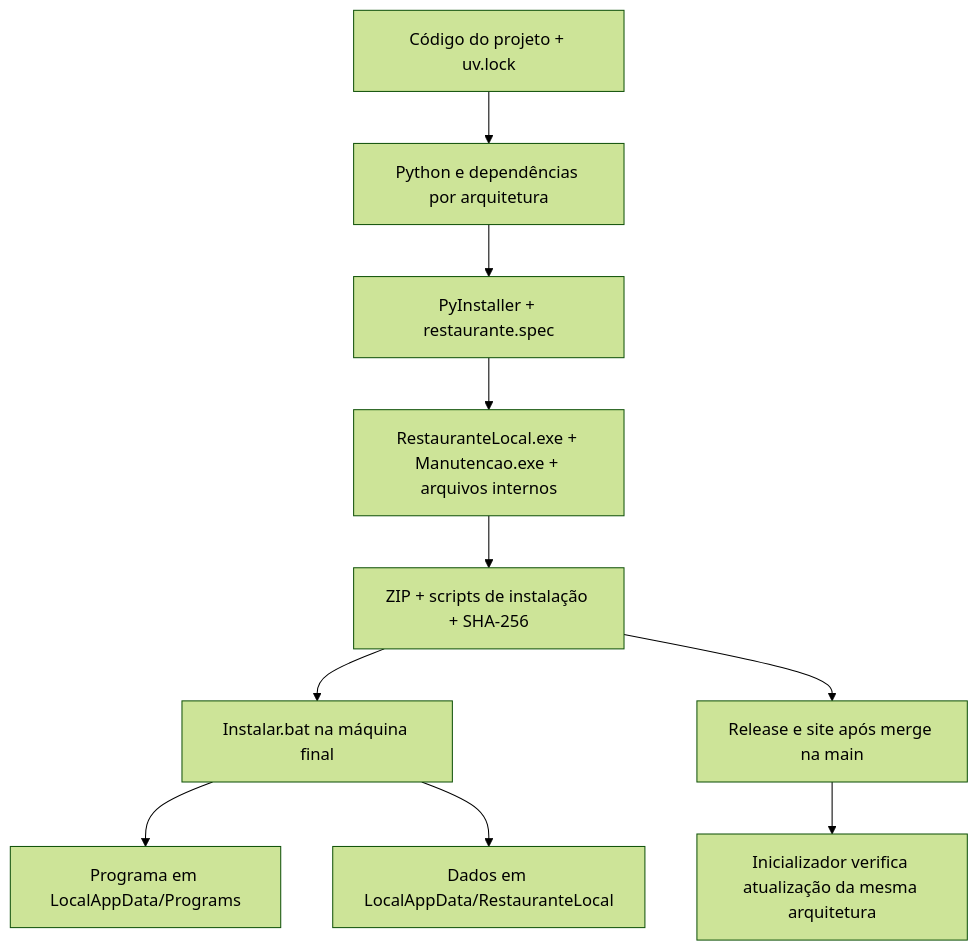
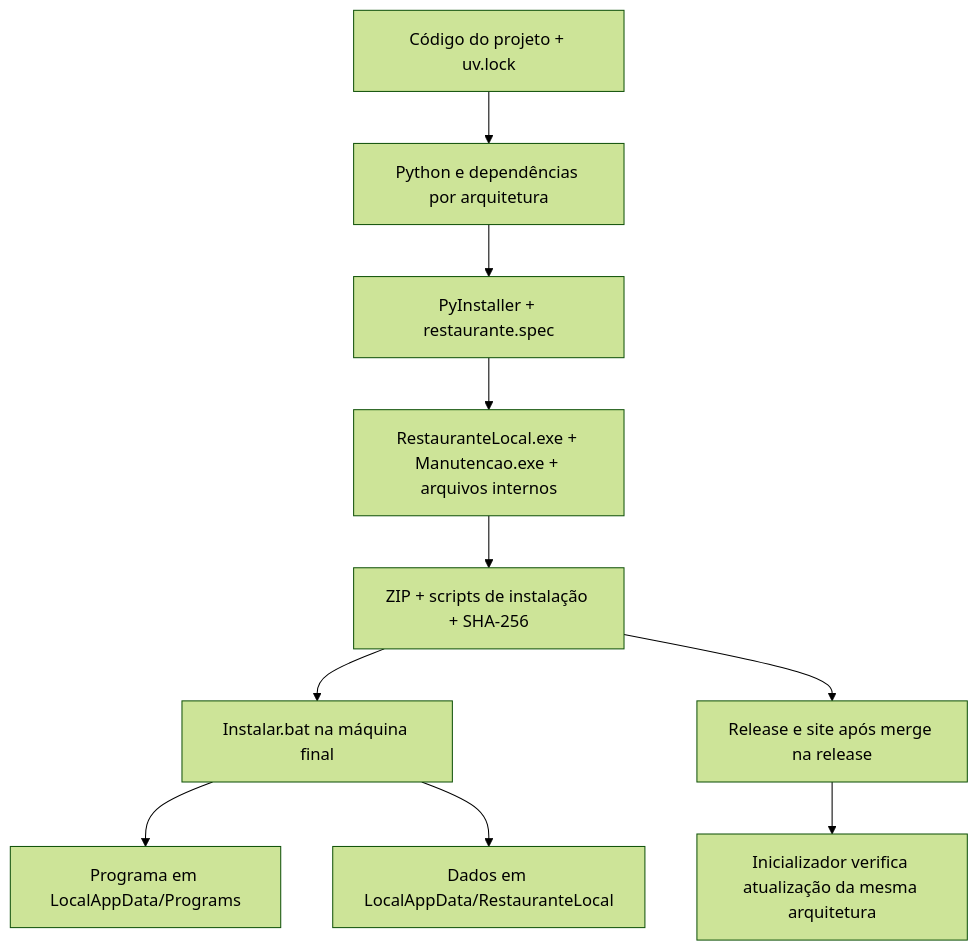
Before and after one commit to eduardomizael/restaurante-local: the diagram in docs/EMPACOTAMENTO_WINDOWS.md, drawn with Mermaid (forest theme). The commit also changed other lines of this file and 8 other files, not shown here.

````diff
--- a/docs/EMPACOTAMENTO_WINDOWS.md
+++ b/docs/EMPACOTAMENTO_WINDOWS.md
@@ -7,12 +7,12 @@
 ```mermaid
 flowchart TD
     A[Código do projeto + uv.lock] --> B[Python e dependências por arquitetura]
     B --> C[PyInstaller + restaurante.spec]
     C --> D[RestauranteLocal.exe + Manutencao.exe + arquivos internos]
     D --> E[ZIP + scripts de instalação + SHA-256]
     E --> F[Instalar.bat na máquina final]
     F --> G[Programa em LocalAppData/Programs]
     F --> H[Dados em LocalAppData/RestauranteLocal]
-    E --> I[Release e site após merge na main]
+    E --> I[Release e site após merge na release]
     I --> J[Inicializador verifica atualização da mesma arquitetura]
 ```
````
